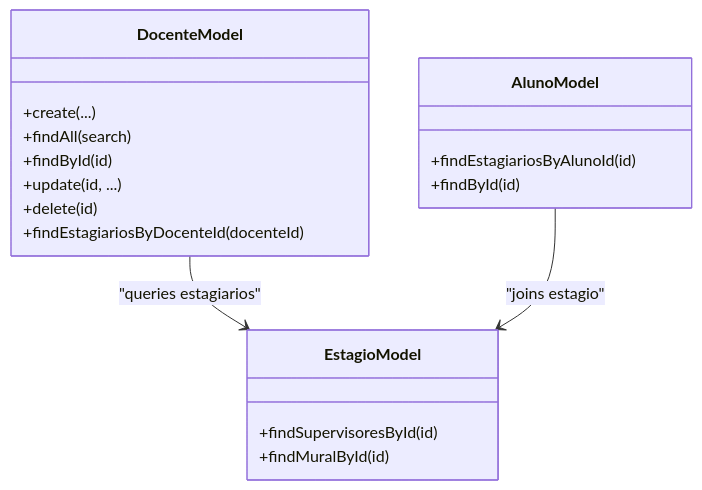
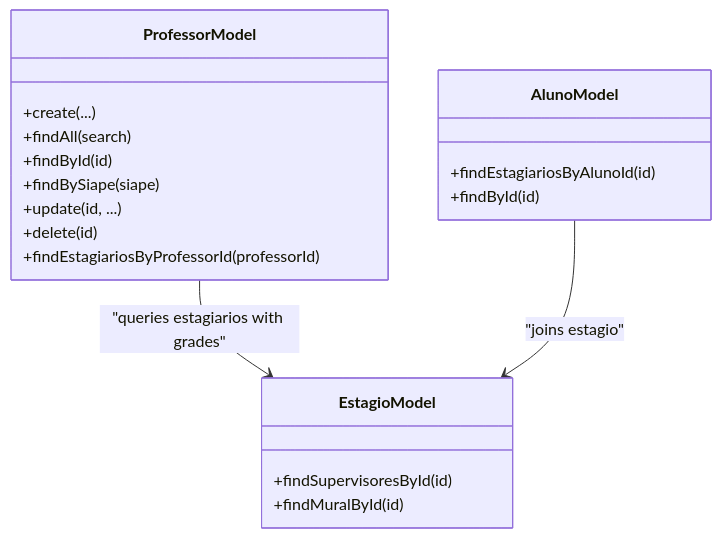
Before and after one commit to luiseduacosta/nodemural: the third of 6 diagrams in .qoder/repowiki/en/content/Core Features Implementation/Professor Management.md, drawn with Mermaid. The commit also changed other lines of this file and 27 other files, not shown here.

````diff
--- a/.qoder/repowiki/en/content/Core Features Implementation/Professor Management.md
+++ b/.qoder/repowiki/en/content/Core Features Implementation/Professor Management.md
@@ -162,21 +190,22 @@
 ```mermaid
 classDiagram
-class DocenteModel {
+class ProfessorModel {
 +create(...)
 +findAll(search)
 +findById(id)
++findBySiape(siape)
 +update(id, ...)
 +delete(id)
-+findEstagiariosByDocenteId(docenteId)
++findEstagiariosByProfessorId(professorId)
 }
 class AlunoModel {
 +findEstagiariosByAlunoId(id)
 +findById(id)
 }
 class EstagioModel {
 +findSupervisoresById(id)
 +findMuralById(id)
 }
-DocenteModel --> EstagioModel : "queries estagiarios"
+ProfessorModel --> EstagioModel : "queries estagiarios with grades"
 AlunoModel --> EstagioModel : "joins estagio"
 ```
````
